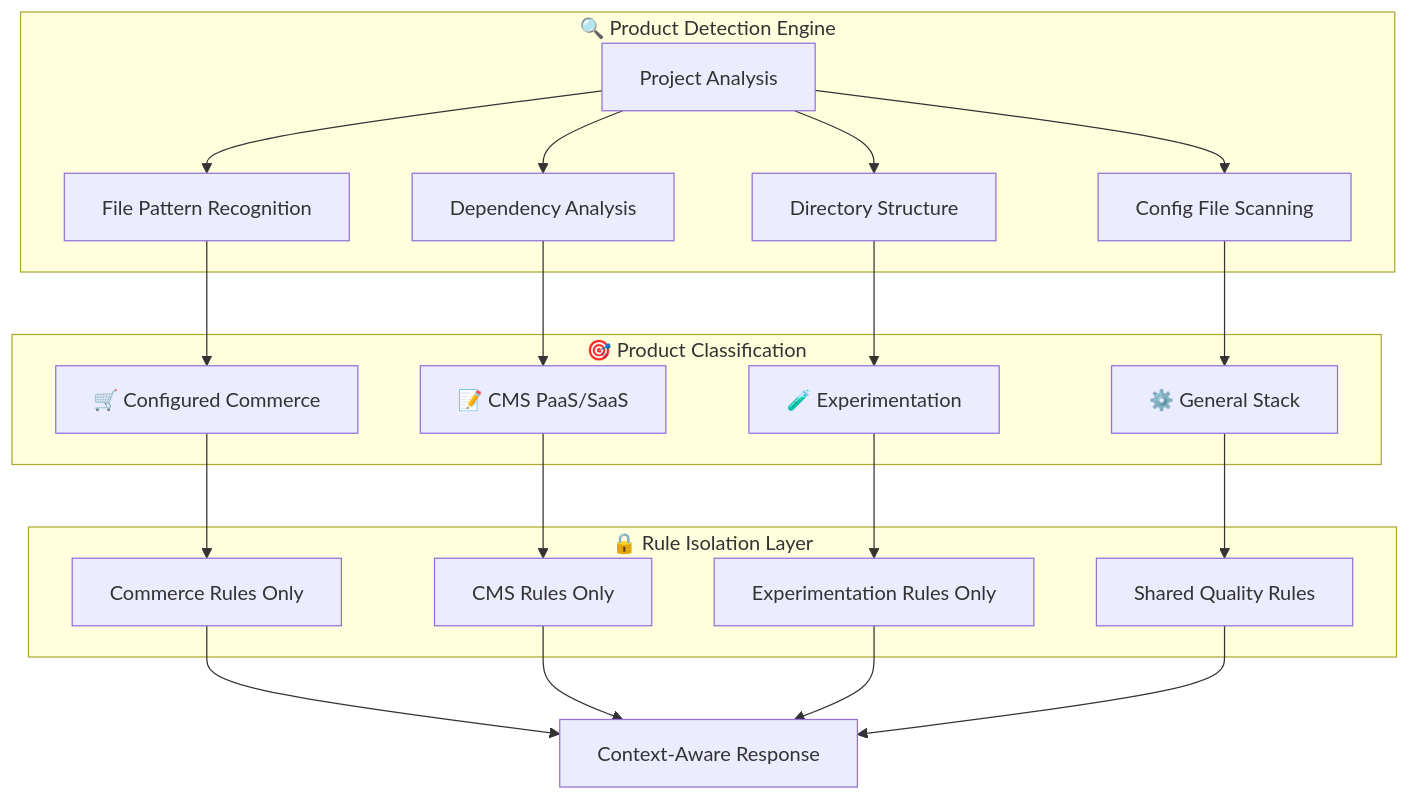
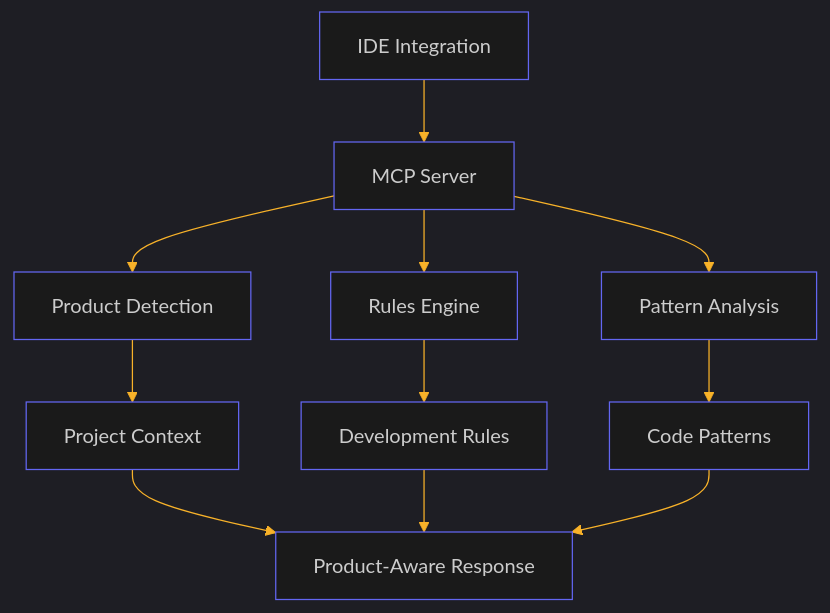
The first of 2 diagrams in Resources/DOCUMENTATION.md (biswajitpanday/Optivise), drawn with Mermaid before and after one commit. The commit also changed other lines of this file and 6 other files, not shown here.

````diff
--- a/Resources/DOCUMENTATION.md
+++ b/Resources/DOCUMENTATION.md
@@ -50,29 +9,26 @@
 ```mermaid
-graph TB
-    subgraph "🔍 Product Detection Engine"
-        A[Project Analysis]
-        B[File Pattern Recognition]
-        C[Dependency Analysis]
-        D[Directory Structure]
-        E[Config File Scanning]
-    end
+%%{init: {"theme": "dark", "themeVariables": {"darkMode": true, "primaryColor": "#6366f1", "primaryTextColor": "#fff", "primaryBorderColor": "#6366f1", "lineColor": "#F8B229", "secondaryColor": "#598234", "tertiaryColor": "#2F4858"}, "flowchart": {"htmlLabels": true, "curve": "basis"}, "sequence": {"mirrorActors": false, "bottomMarginAdj": 10, "messageAlign": "center"}, "themeCSS": ".node rect { fill: #1a1a1a !important; } .node text { fill: #fff !important; }"}}%%
+graph TD
+    A[IDE Integration] --> B[MCP Server]
+    B --> C[Product Detection]
+    B --> D[Rules Engine]
+    B --> E[Pattern Analysis]
     
-    subgraph "🎯 Product Classification"
-        F[🛒 Configured Commerce]
-        G[📝 CMS PaaS/SaaS]
-        H[🧪 Experimentation]
-        I[⚙️ General Stack]
-    end
+    C --> F[Project Context]
+    D --> G[Development Rules]
+    E --> H[Code Patterns]
     
-    subgraph "🔒 Rule Isolation Layer"
-        J[Commerce Rules Only]
-        K[CMS Rules Only] 
-        L[Experimentation Rules Only]
-        M[Shared Quality Rules]
-    end
+    F --> I[Product-Aware Response]
+    G --> I
+    H --> I
     
-    A --> B --> F --> J --> N[Context-Aware Response]
-    A --> C --> G --> K --> N
-    A --> D --> H --> L --> N
-    A --> E --> I --> M --> N
+    style A fill:#1a1a1a,stroke:#6366f1
+    style B fill:#1a1a1a,stroke:#6366f1
+    style C fill:#1a1a1a,stroke:#6366f1
+    style D fill:#1a1a1a,stroke:#6366f1
+    style E fill:#1a1a1a,stroke:#6366f1
+    style F fill:#1a1a1a,stroke:#6366f1
+    style G fill:#1a1a1a,stroke:#6366f1
+    style H fill:#1a1a1a,stroke:#6366f1
+    style I fill:#1a1a1a,stroke:#6366f1
 ```
````
